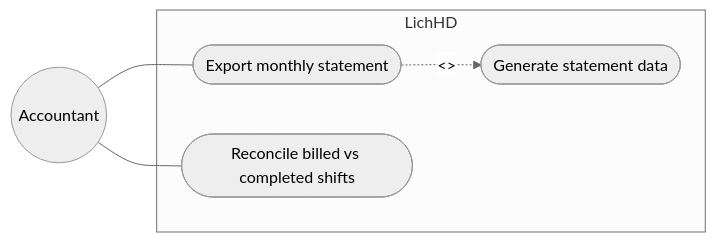
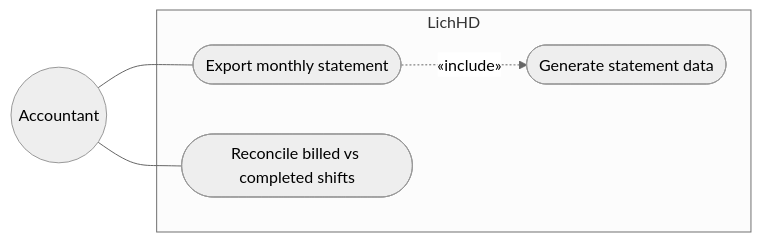
Before and after one commit to dDxCg/contrack: the fourth of 16 diagrams in docs/02-design-analysis.md, drawn with Mermaid (neutral theme). The commit also changed other lines of this file and 2 other files, not shown here.

Commit message:
docs: diagrams minor modified

````diff
--- a/docs/02-design-analysis.md
+++ b/docs/02-design-analysis.md
@@ -112,15 +112,15 @@
 ```mermaid
 flowchart LR
     Accountant((Accountant))
 
     subgraph Boundary["LichHD"]
         UC12([Export monthly statement])
         UC13([Generate statement data])
         UC14([Reconcile billed vs completed shifts])
     end
 
     Accountant --- UC12
     Accountant --- UC14
 
-    UC12 -.->|"<<Include>>"| UC13
+    UC12 -.->|"&laquo;include&raquo;"| UC13
 ```
````
